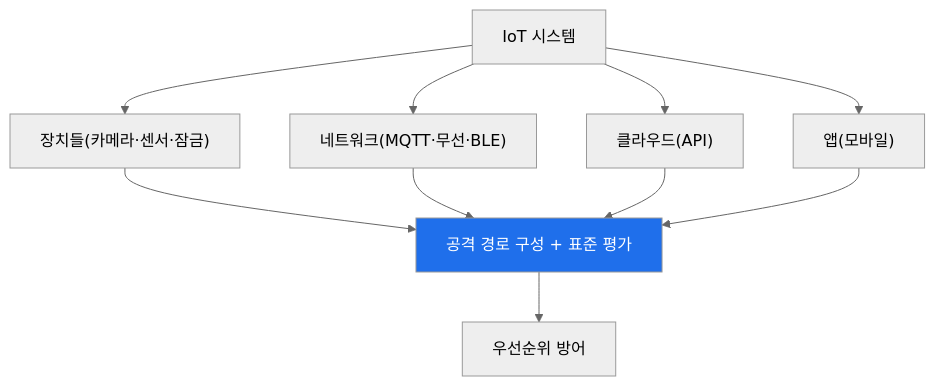
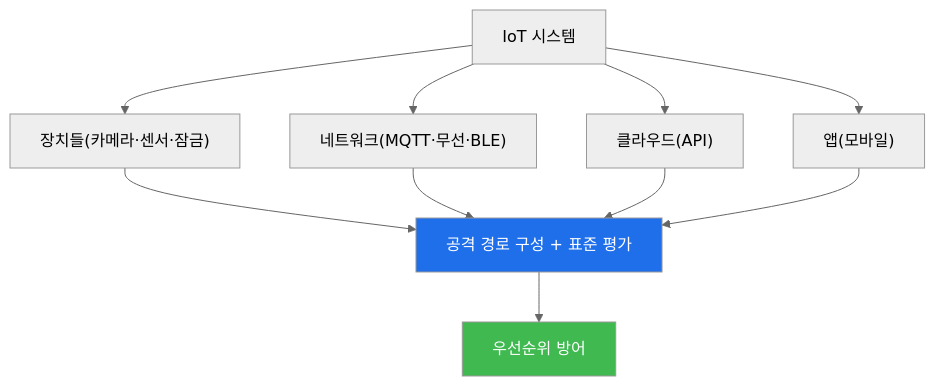
The diagram in contents/training/iot-security/lecture_week15.md (mrgrit/tw2), drawn with Mermaid (neutral theme) before and after one commit. The commit also changed other lines of this file, not shown here.

````diff
--- a/contents/training/iot-security/lecture_week15.md
+++ b/contents/training/iot-security/lecture_week15.md
@@ -49,10 +52,14 @@
 ```mermaid
 graph TD
     S["IoT 시스템"] --> D["장치들(카메라·센서·잠금)"]
     S --> N["네트워크(MQTT·무선·BLE)"]
     S --> C["클라우드(API)"]
     S --> A["앱(모바일)"]
-    D & N & C & A --> P["공격 경로 구성 + 표준 평가"]
+    D --> P["공격 경로 구성 + 표준 평가"]
+    N --> P
+    C --> P
+    A --> P
     P --> DEF["우선순위 방어"]
     style P fill:#1f6feb,color:#fff
+    style DEF fill:#3fb950,color:#fff
 ```
````
